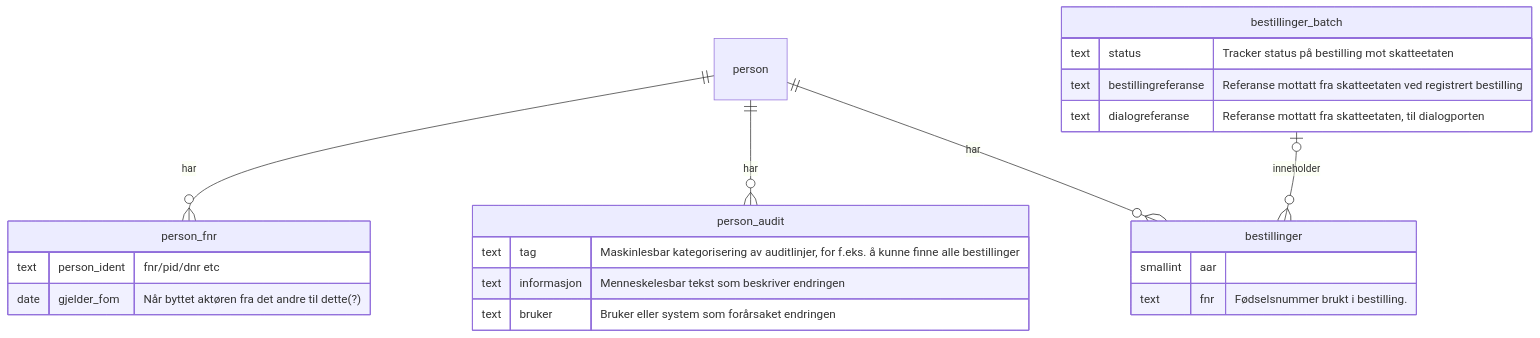
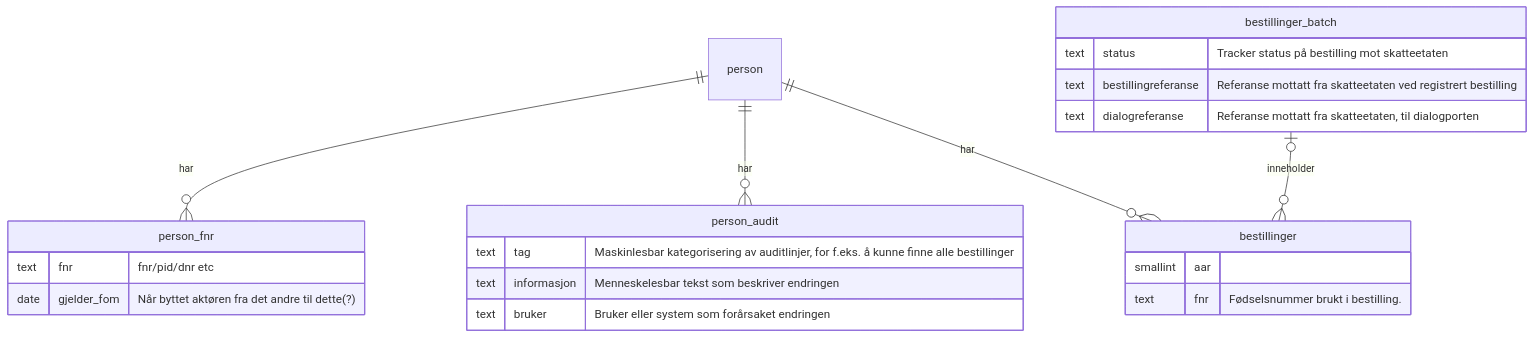
The fourth of 6 diagrams in README.md (navikt/sokos-skattekort), drawn with Mermaid before and after one commit. The commit also changed 6 other files, not shown here.

````diff
--- a/README.md
+++ b/README.md
@@ -137,27 +137,27 @@
 ```mermaid
 erDiagram
     person ||--o{ person_fnr: har
     person ||--o{ person_audit: har
     person ||--o{ bestillinger: har
     bestillinger_batch |o--o{ bestillinger: inneholder
     person {
     }
     person_fnr {
-        text person_ident "fnr/pid/dnr etc"
+        text fnr "fnr/pid/dnr etc"
         date gjelder_fom "Når byttet aktøren fra det andre til dette(?)"
     }
     person_audit {
         text tag "Maskinlesbar kategorisering av auditlinjer, for f.eks. å kunne finne alle bestillinger"
         text informasjon "Menneskelesbar tekst som beskriver endringen"
         text bruker "Bruker eller system som forårsaket endringen"
     }
     bestillinger {
         smallint aar
         text fnr "Fødselsnummer brukt i bestilling."
     }
     bestillinger_batch {
         text status "Tracker status på bestilling mot skatteetaten"
         text bestillingreferanse "Referanse mottatt fra skatteetaten ved registrert bestilling"
         text dialogreferanse "Referanse mottatt fra skatteetaten, til dialogporten"
     }
 ```
````
